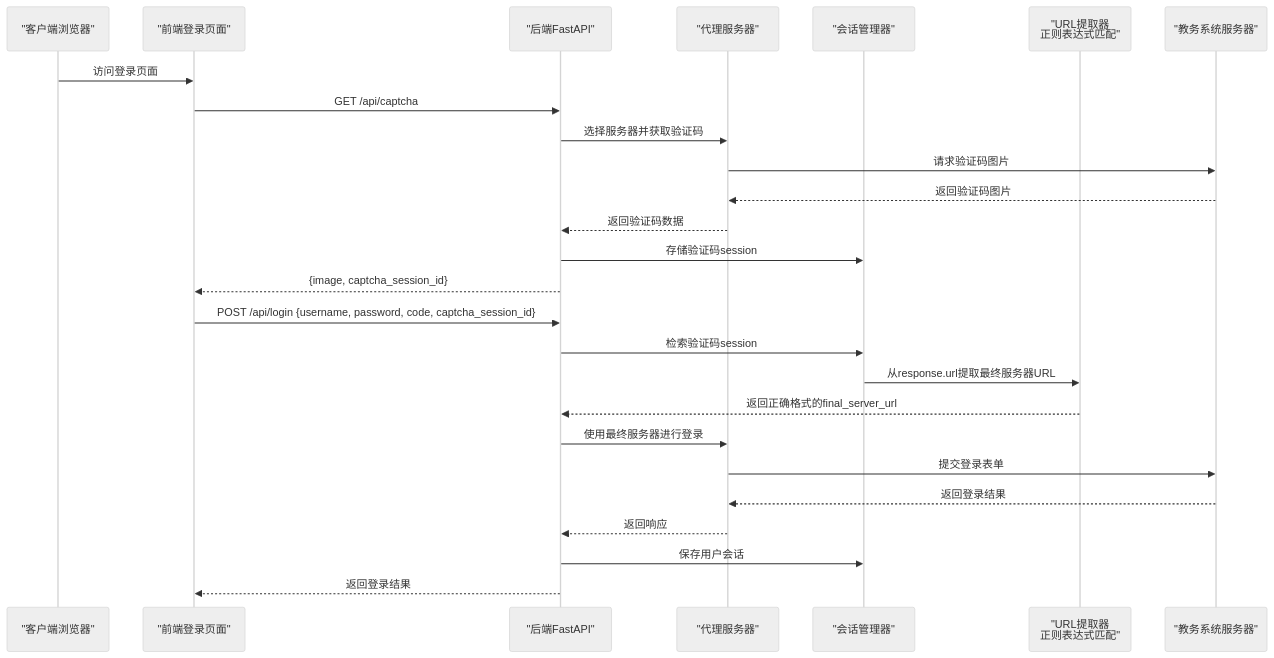
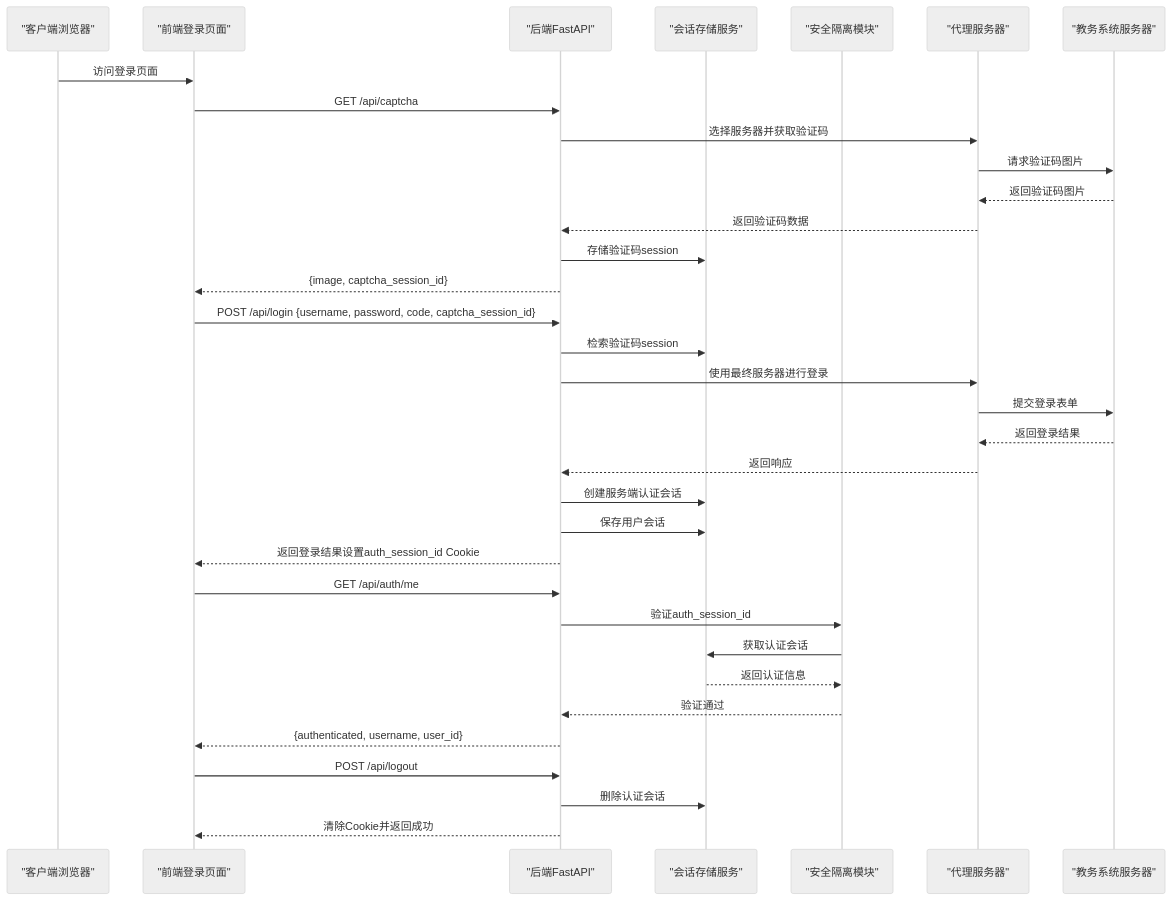
The second of 9 diagrams in .qoder/repowiki/zh/content/后端API文档/用户认证API.md (ghbbn053-ship-itsoulddog/soulddog), drawn with Mermaid (neutral theme) before and after one commit. The commit also changed other lines of this file and 119 other files, not shown here.

````diff
--- a/.qoder/repowiki/zh/content/后端API文档/用户认证API.md
+++ b/.qoder/repowiki/zh/content/后端API文档/用户认证API.md
@@ -119,28 +146,36 @@
 ```mermaid
 sequenceDiagram
 participant Client as "客户端浏览器"
 participant Frontend as "前端登录页面"
 participant Backend as "后端FastAPI"
+participant SessionStore as "会话存储服务"
+participant Security as "安全隔离模块"
 participant Proxy as "代理服务器"
-participant SessionMgr as "会话管理器"
-participant URLExtractor as "URL提取器<br/>正则表达式匹配"
 participant JWXT as "教务系统服务器"
 Client->>Frontend : 访问登录页面
 Frontend->>Backend : GET /api/captcha
 Backend->>Proxy : 选择服务器并获取验证码
 Proxy->>JWXT : 请求验证码图片
 JWXT-->>Proxy : 返回验证码图片
 Proxy-->>Backend : 返回验证码数据
-Backend->>SessionMgr : 存储验证码session
+Backend->>SessionStore : 存储验证码session
 Backend-->>Frontend : {image, captcha_session_id}
 Frontend->>Backend : POST /api/login {username, password, code, captcha_session_id}
-Backend->>SessionMgr : 检索验证码session
-SessionMgr->>URLExtractor : 从response.url提取最终服务器URL
-URLExtractor-->>Backend : 返回正确格式的final_server_url
+Backend->>SessionStore : 检索验证码session
 Backend->>Proxy : 使用最终服务器进行登录
 Proxy->>JWXT : 提交登录表单
 JWXT-->>Proxy : 返回登录结果
 Proxy-->>Backend : 返回响应
-Backend->>SessionMgr : 保存用户会话
-Backend-->>Frontend : 返回登录结果
+Backend->>SessionStore : 创建服务端认证会话
+Backend->>SessionStore : 保存用户会话
+Backend-->>Frontend : 返回登录结果设置auth_session_id Cookie
+Frontend->>Backend : GET /api/auth/me
+Backend->>Security : 验证auth_session_id
+Security->>SessionStore : 获取认证会话
+SessionStore-->>Security : 返回认证信息
+Security-->>Backend : 验证通过
+Backend-->>Frontend : {authenticated, username, user_id}
+Frontend->>Backend : POST /api/logout
+Backend->>SessionStore : 删除认证会话
+Backend-->>Frontend : 清除Cookie并返回成功
 ```
````
